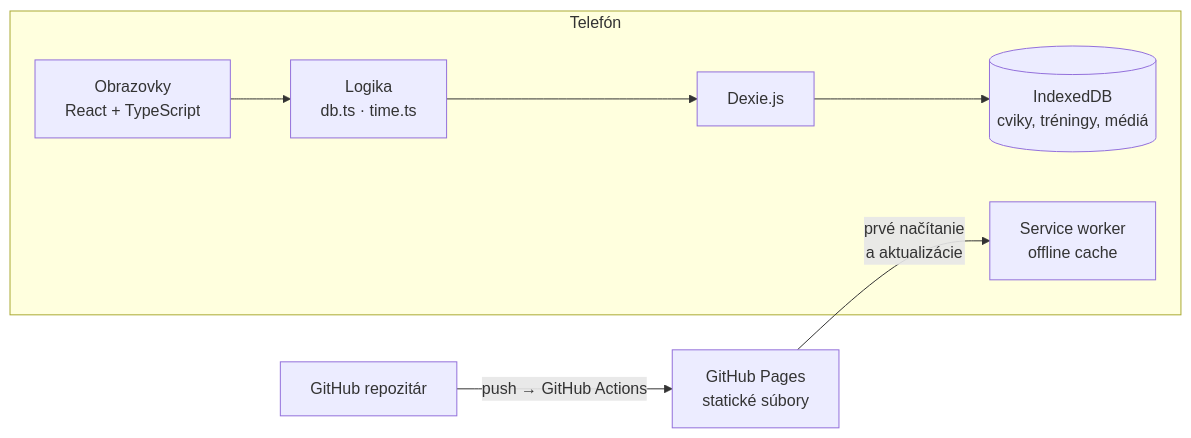
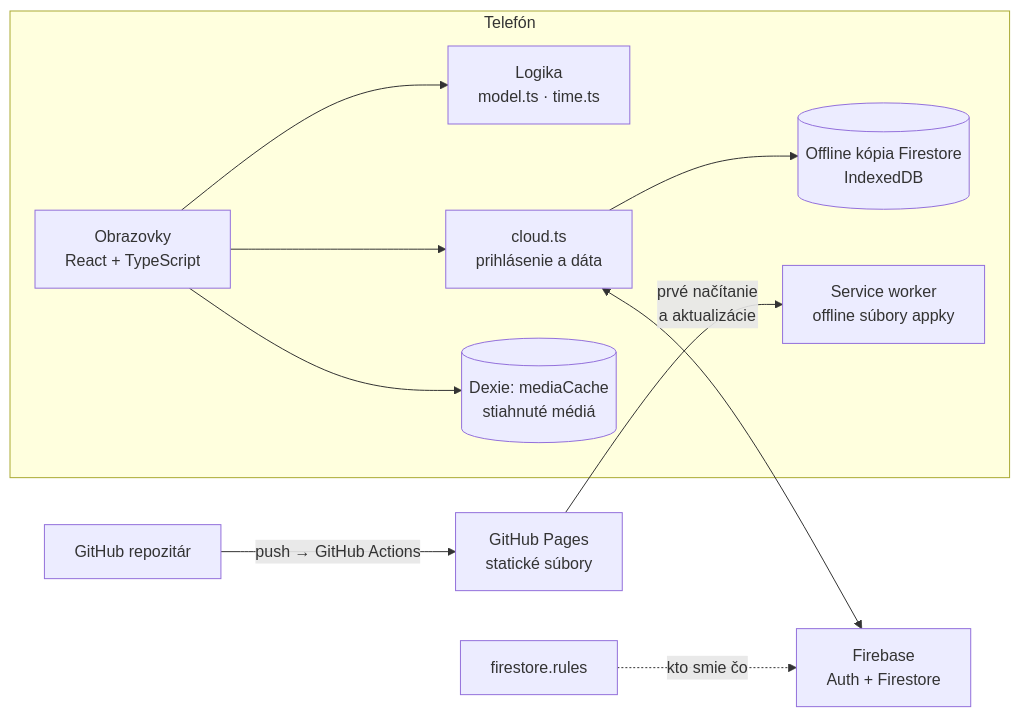
The first of 2 diagrams in DESIGN.md (mckikis/karate-training-planner), drawn with Mermaid before and after one commit. The commit also changed other lines of this file and 34 other files, not shown here.

````diff
--- a/DESIGN.md
+++ b/DESIGN.md
@@ -7,10 +9,14 @@
 ```mermaid
 flowchart LR
   subgraph Telefón
-    UI["Obrazovky<br/>React + TypeScript"] --> LOGIC["Logika<br/>db.ts · time.ts"]
-    LOGIC --> DEX["Dexie.js"] --> IDB[("IndexedDB<br/>cviky, tréningy, médiá")]
-    SW["Service worker<br/>offline cache"]
+    UI["Obrazovky<br/>React + TypeScript"] --> LOGIC["Logika<br/>model.ts · time.ts"]
+    UI --> CLOUD["cloud.ts<br/>prihlásenie a dáta"]
+    CLOUD --> CACHE[("Offline kópia Firestore<br/>IndexedDB")]
+    UI --> DEX[("Dexie: mediaCache<br/>stiahnuté médiá")]
+    SW["Service worker<br/>offline súbory appky"]
   end
+  CLOUD <--> FB["Firebase<br/>Auth + Firestore"]
+  RULES["firestore.rules"] -. "kto smie čo" .-> FB
   REPO["GitHub repozitár"] -- "push → GitHub Actions" --> PAGES["GitHub Pages<br/>statické súbory"]
   PAGES -- "prvé načítanie<br/>a aktualizácie" --> SW
 ```
````
